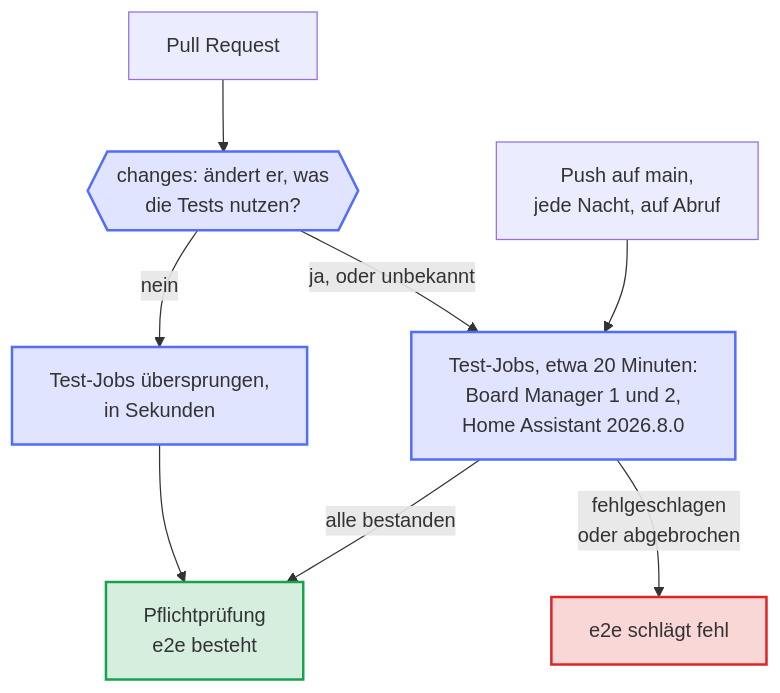
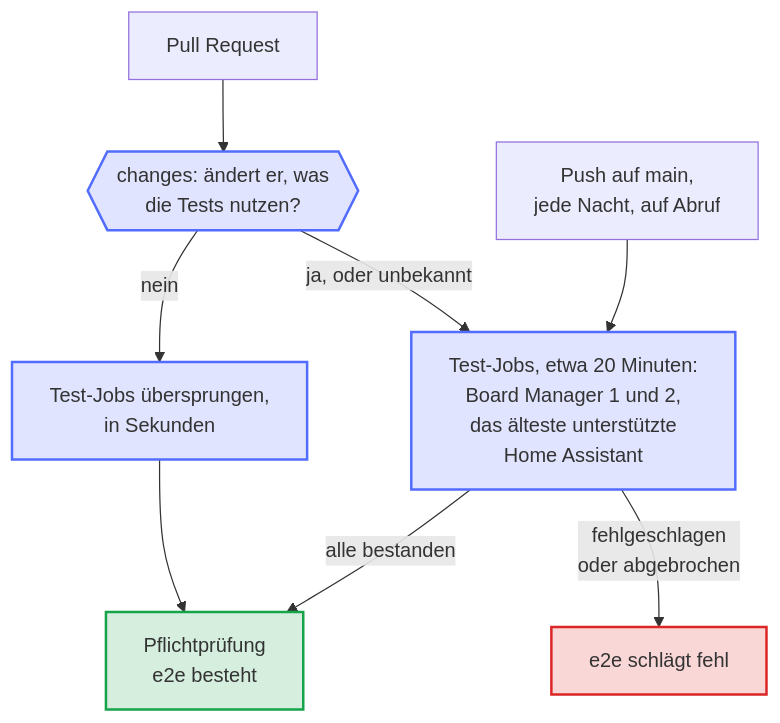
Before and after one commit to Dennis-Otto/ha-autodarts: the diagram in docs/diagrams/e2e-gate.de.mmd, drawn with Mermaid. The commit also changed 7 other files, not shown here.

First line of the commit message:
ci(e2e): run the steps with pipefail and keep the diagram free of the HA version

```diff
--- a/docs/diagrams/e2e-gate.de.mmd
+++ b/docs/diagrams/e2e-gate.de.mmd
@@ -1,23 +1,23 @@
 ---
 config:
   flowchart:
     wrappingWidth: 400
 ---
 flowchart TB
   accTitle: Wann die End-to-End-Tests laufen
   accDescr: Ein Push auf main, der nächtliche Lauf und ein Lauf auf Abruf führen die Test-Jobs immer aus. Für einen Pull Request fragt der Job changes die API nach seinen Dateien; nutzen die Tests eine davon oder sind die Dateien unbekannt, laufen die Test-Jobs, sonst werden sie in Sekunden übersprungen. Die Pflichtprüfung e2e besteht, wenn jeder Test-Job bestanden hat oder keiner laufen musste, und schlägt fehl, wenn ein Job fehlschlug oder abgebrochen wurde.
 
   PR["Pull Request"] --> CHANGES{{"changes: ändert er, was<br/>die Tests nutzen?"}}
   MAIN["Push auf main,<br/>jede Nacht, auf Abruf"] --> TESTS
-  CHANGES -- "ja, oder unbekannt" --> TESTS["Test-Jobs, etwa 20 Minuten:<br/>Board Manager 1 und 2,<br/>Home Assistant 2026.8.0"]
+  CHANGES -- "ja, oder unbekannt" --> TESTS["Test-Jobs, etwa 20 Minuten:<br/>Board Manager 1 und 2,<br/>das älteste unterstützte<br/>Home Assistant"]
   CHANGES -- "nein" --> SKIPPED["Test-Jobs übersprungen,<br/>in Sekunden"]
   TESTS -- "alle bestanden" --> PASS["Pflichtprüfung<br/>e2e besteht"]
   SKIPPED --> PASS
   TESTS -- "fehlgeschlagen<br/>oder abgebrochen" --> FAIL["e2e schlägt fehl"]
 
   classDef bot fill:#526cfe2e,stroke:#526cfe,stroke-width:2px
   classDef done fill:#16a34a2e,stroke:#16a34a,stroke-width:2px
   classDef failed fill:#dc26262e,stroke:#dc2626,stroke-width:2px
   class CHANGES,TESTS,SKIPPED bot
   class PASS done
   class FAIL failed
```
